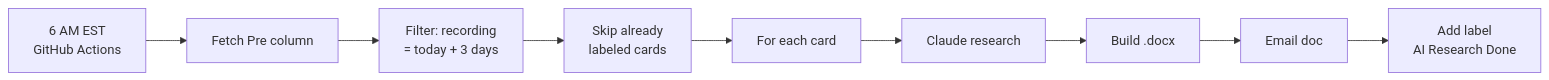
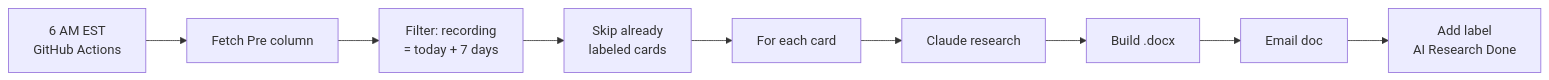
One commit to 8thRev/The-Dime-Podcast- changed the first of 3 diagrams in README.md. Above: the diagram before and after it, drawn with Mermaid. The commit also changed other lines of this file and 3 other files, not shown here.

````diff
--- a/README.md
+++ b/README.md
@@ -11,11 +11,11 @@
 ```mermaid
 flowchart LR
   A[6 AM EST\nGitHub Actions] --> B[Fetch Pre column]
-  B --> C[Filter: recording\n= today + 3 days]
+  B --> C[Filter: recording\n= today + 7 days]
   C --> D[Skip already\nlabeled cards]
   D --> E[For each card]
   E --> F[Claude research]
   F --> G[Build .docx]
   G --> H[Email doc]
   H --> I[Add label\nAI Research Done]
 ```
````
